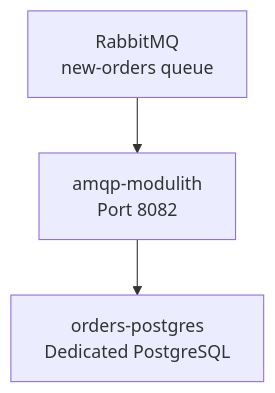
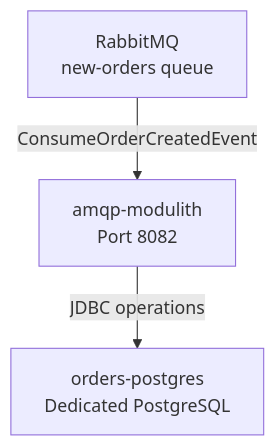
One commit to philipz/spring-modular-monolith changed the fourth of 4 diagrams in docs/deepwiki/Messaging-with-RabbitMQ.md. Above: the diagram before and after it, drawn with Mermaid. The commit also changed other lines of this file and 55 other files, not shown here.

````diff
--- a/docs/deepwiki/Messaging-with-RabbitMQ.md
+++ b/docs/deepwiki/Messaging-with-RabbitMQ.md
@@ -251,10 +251,10 @@
 ```mermaid
 flowchart TD
 
 RabbitMQ["RabbitMQ<br>new-orders queue"]
 AMQPMod["amqp-modulith<br>Port 8082"]
 OrdersDB["orders-postgres<br>Dedicated PostgreSQL"]
 
-RabbitMQ --> AMQPMod
-AMQPMod --> OrdersDB
+RabbitMQ -->|"ConsumeOrderCreatedEvent"| AMQPMod
+AMQPMod -->|"JDBC operations"| OrdersDB
 ```
````
